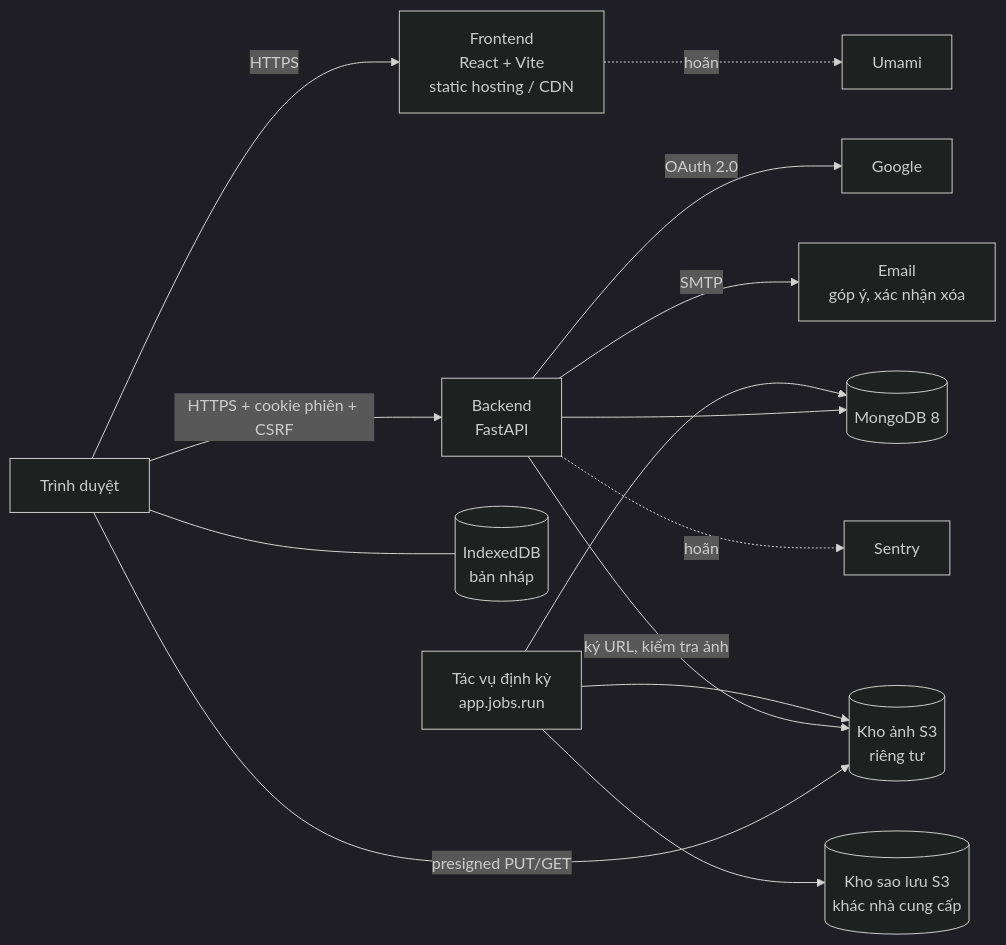
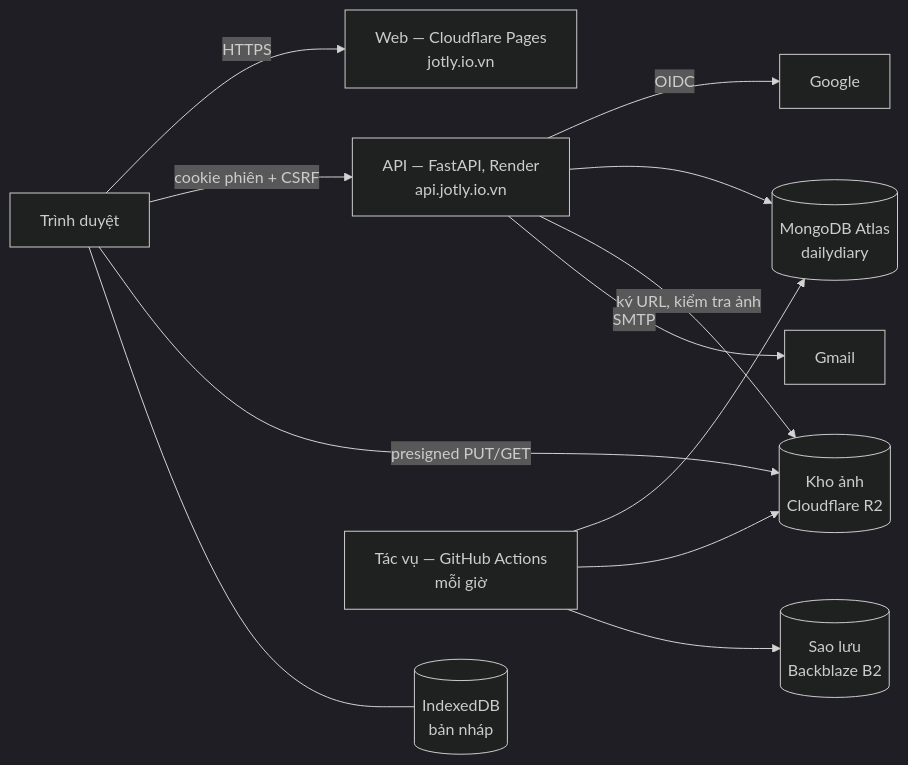
One commit to Nha-Cong-Dong/DailyDiary changed the diagram in docs/Project_Specs.md. Above: the diagram before and after it, drawn with Mermaid (dark theme). The commit also changed other lines of this file and 8 other files, not shown here.

Commit message:
chore(deploy): run migrations manually, reuse Atlas DB 'dailydiary'

````diff
--- a/docs/Project_Specs.md
+++ b/docs/Project_Specs.md
@@ -356,16 +254,14 @@
 ```mermaid
 flowchart LR
-    U[Trình duyệt] -->|HTTPS| FE[Frontend<br/>React + Vite<br/>static hosting / CDN]
-    U -->|"HTTPS + cookie phiên + CSRF"| API[Backend<br/>FastAPI]
-    U -->|"presigned PUT/GET"| S3[(Kho ảnh S3<br/>riêng tư)]
+    U[Trình duyệt] -->|HTTPS| FE["Web — Cloudflare Pages<br/>jotly.io.vn"]
+    U -->|"cookie phiên + CSRF"| API["API — FastAPI, Render<br/>api.jotly.io.vn"]
+    U -->|"presigned PUT/GET"| R2[("Kho ảnh<br/>Cloudflare R2")]
     U --- IDB[(IndexedDB<br/>bản nháp)]
-    API -->|OAuth 2.0| G[Google]
-    API --> DB[(MongoDB 8)]
-    API -->|ký URL, kiểm tra ảnh| S3
-    API -->|SMTP| MAIL[Email<br/>góp ý, xác nhận xóa]
-    JOB[Tác vụ định kỳ<br/>app.jobs.run] --> DB
-    JOB --> S3
-    JOB --> BAK[(Kho sao lưu S3<br/>khác nhà cung cấp)]
-    API -.->|hoãn| SEN[Sentry]
-    FE -.->|hoãn| AN[Umami]
+    API -->|OIDC| G[Google]
+    API --> DB[("MongoDB Atlas<br/>dailydiary")]
+    API -->|ký URL, kiểm tra ảnh| R2
+    API -->|SMTP| MAIL[Gmail]
+    JOB["Tác vụ — GitHub Actions<br/>mỗi giờ"] --> DB
+    JOB --> R2
+    JOB --> B2[("Sao lưu<br/>Backblaze B2")]
 ```
````
